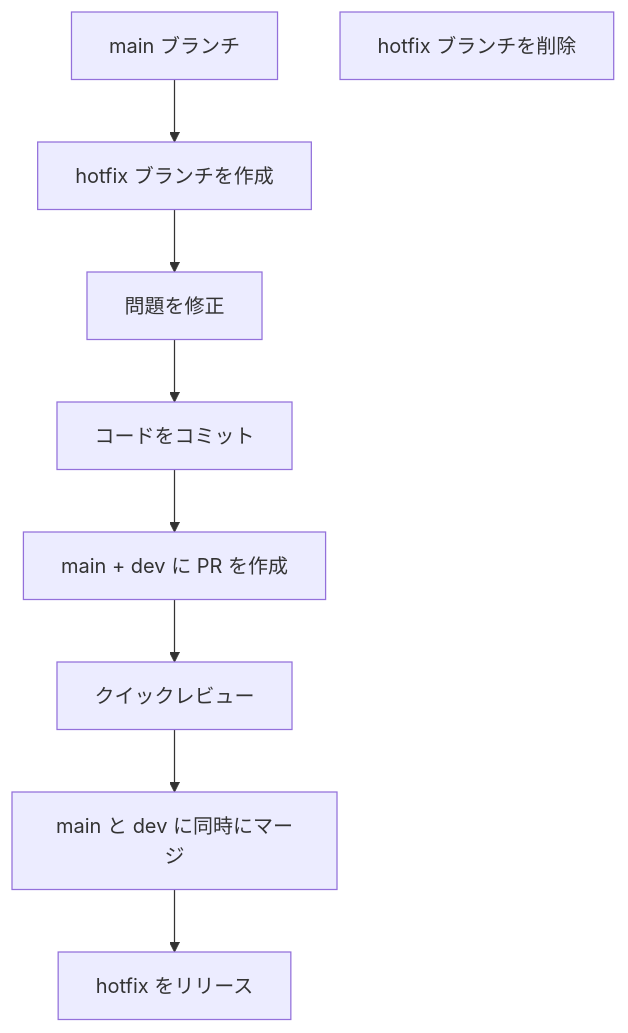
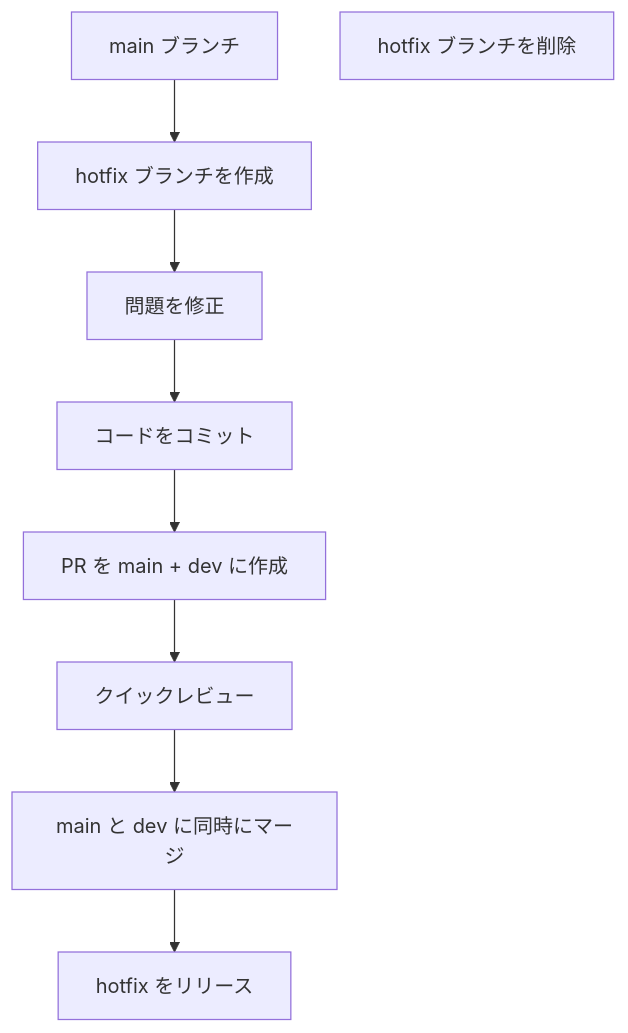
Before and after one commit to ChenXu233/YaoXiang: the second of 3 diagrams in docs/src/ja/dev/branch-maintenance-guide.md, drawn with Mermaid. The commit also changed other lines of this file and 392 other files, not shown here.

````diff
--- a/docs/src/ja/dev/branch-maintenance-guide.md
+++ b/docs/src/ja/dev/branch-maintenance-guide.md
@@ -169,11 +167,11 @@
 ```mermaid
 graph TD
     A[main ブランチ] --> B[hotfix ブランチを作成]
     B --> C[問題を修正]
     C --> D[コードをコミット]
-    D --> E[main + dev に PR を作成]
+    D --> E[PR を main + dev に作成]
     E --> F[クイックレビュー]
     F --> G[main と dev に同時にマージ]
     G --> H[hotfix をリリース]
     I[hotfix ブランチを削除]
 ```
````
